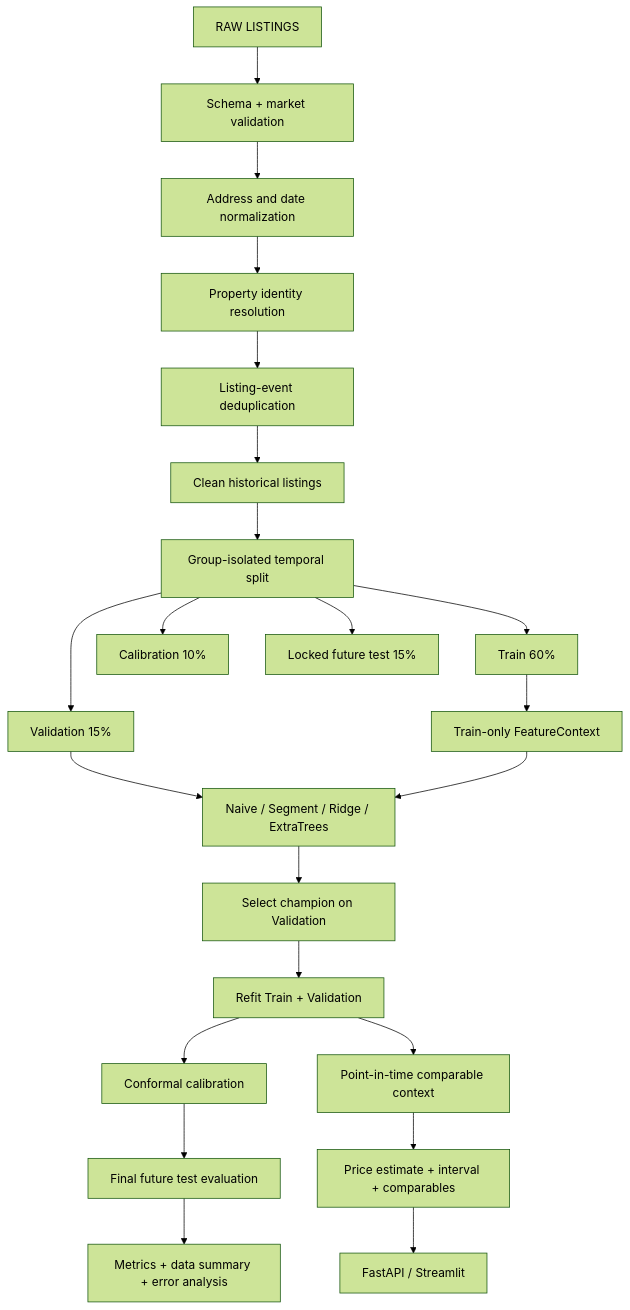
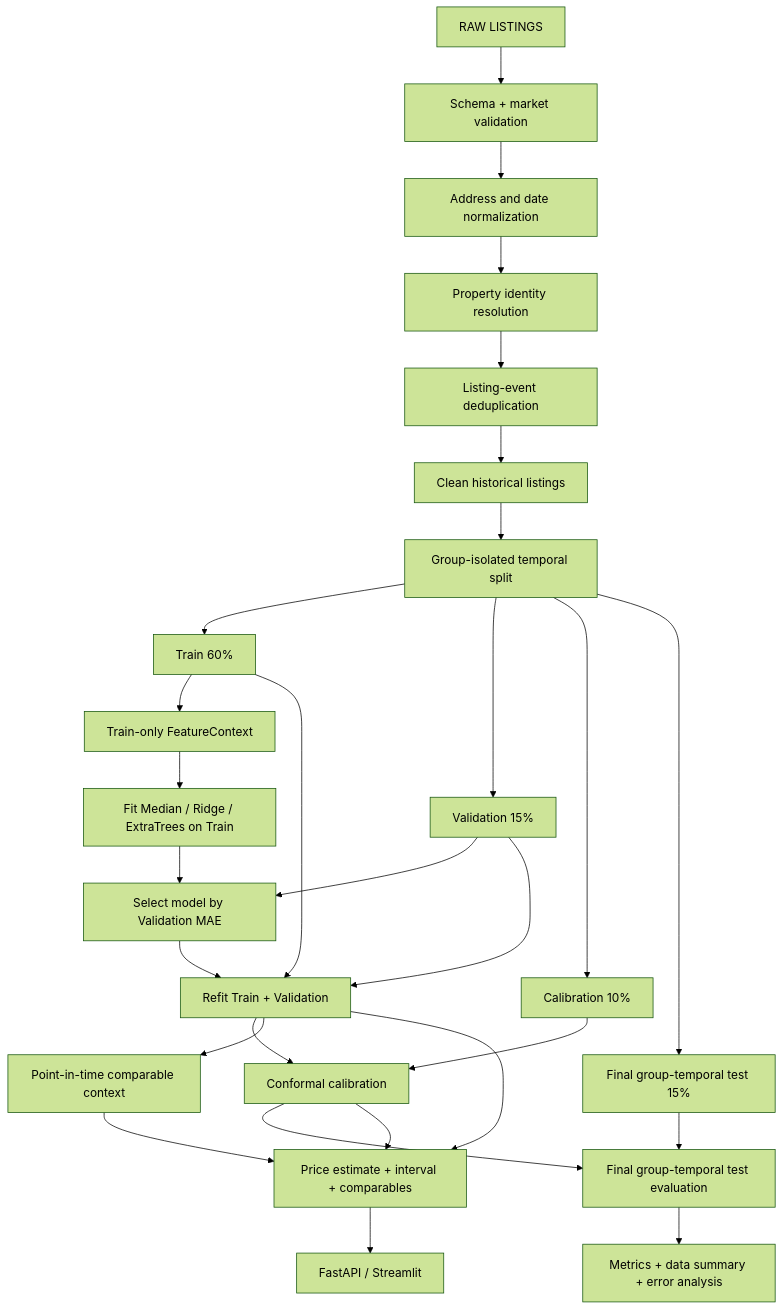
Before and after one commit to haminhthong/HCMC-Real-Estate-Price-Intelligence: the first of 2 diagrams in README.md, drawn with Mermaid (forest theme). The commit also changed other lines of this file and 30 other files, not shown here.

````diff
--- a/README.md
+++ b/README.md
@@ -55,24 +55,30 @@
 ```mermaid
 flowchart TD
     A[RAW LISTINGS] --> B[Schema + market validation]
     B --> C[Address and date normalization]
     C --> D[Property identity resolution]
     D --> E[Listing-event deduplication]
     E --> F[Clean historical listings]
     F --> G[Group-isolated temporal split]
     G --> G1[Train 60%]
     G --> G2[Validation 15%]
     G --> G3[Calibration 10%]
-    G --> G4[Locked future test 15%]
+    G --> G4[Final group-temporal test 15%]
     G1 --> H[Train-only FeatureContext]
-    G2 --> I[Naive / Segment / Ridge / ExtraTrees]
-    H --> I
-    I --> J[Select champion on Validation]
+    H --> I[Fit Median / Ridge / ExtraTrees on Train]
+    G2 --> J[Select model by Validation MAE]
+    I --> J
     J --> K[Refit Train + Validation]
+    G1 --> K
+    G2 --> K
     K --> L[Conformal calibration]
-    L --> M[Final future test evaluation]
+    G3 --> L
+    L --> M[Final group-temporal test evaluation]
+    G4 --> M
     K --> N[Point-in-time comparable context]
     M --> O[Metrics + data summary + error analysis]
     N --> P[Price estimate + interval + comparables]
+    K --> P
+    L --> P
     P --> Q[FastAPI / Streamlit]
 ```
````
